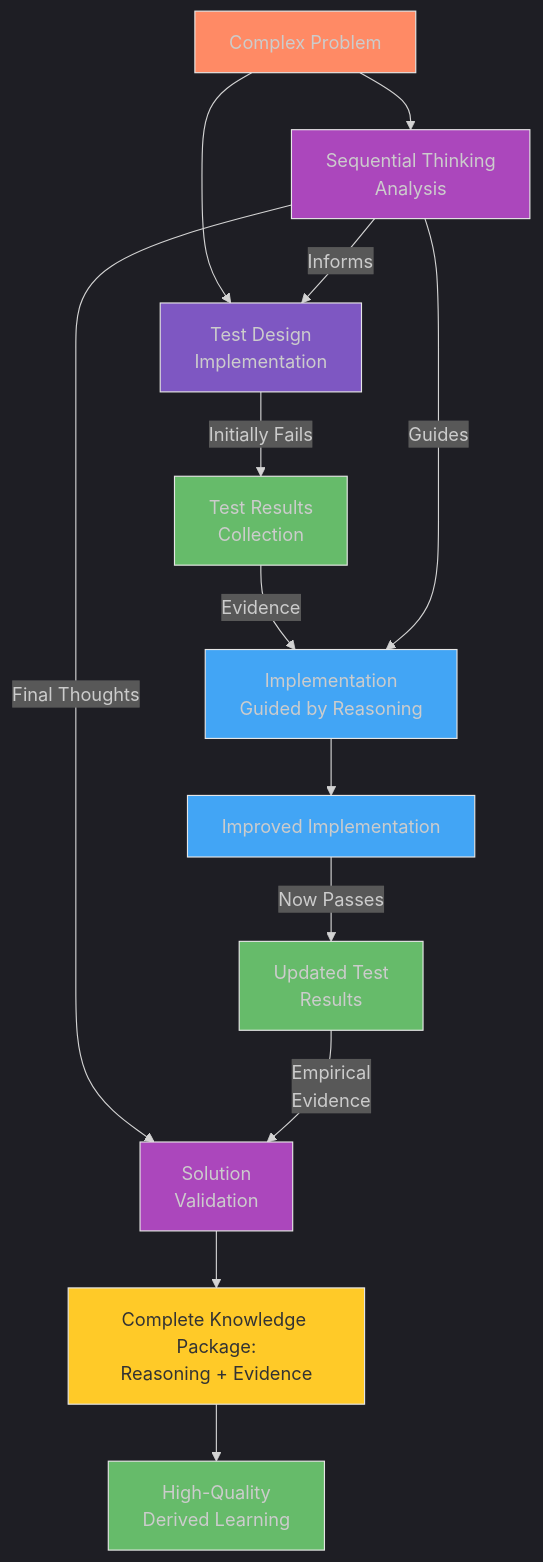
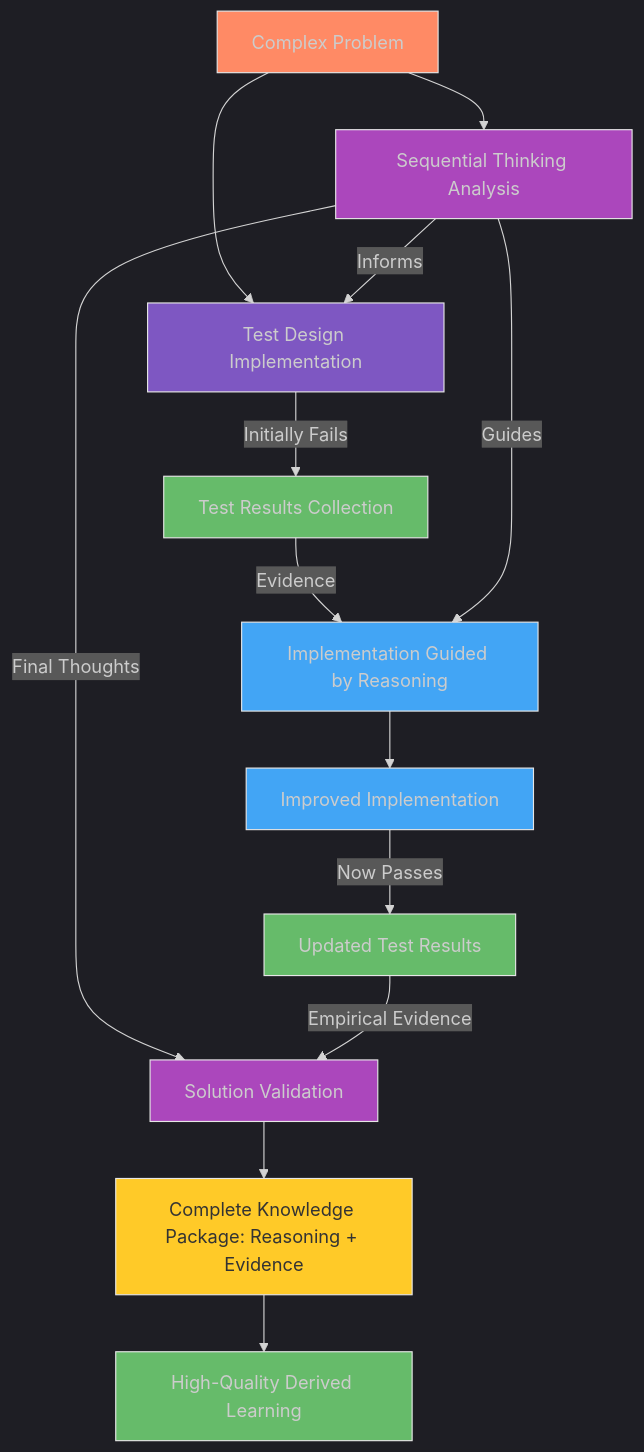
Before and after one commit to somebloke1/chroma_mcp_server: the eighth of 8 diagrams in docs/thinking_tools/sequential_thinking.md, drawn with Mermaid. The commit also changed other lines of this file and 19 other files, not shown here.

````diff
--- a/docs/thinking_tools/sequential_thinking.md
+++ b/docs/thinking_tools/sequential_thinking.md
@@ -457,37 +457,37 @@
 ```mermaid
 %%{init: {'theme': 'dark'}}%%
 flowchart TD
-    A[Complex Problem] --> B["Sequential Thinking\nAnalysis"]
-    A --> C["Test Design\nImplementation"]
+    A[Complex Problem] --> B["Sequential Thinking Analysis"]
+    A --> C["Test Design Implementation"]
     
     B -- "Informs" --> C
     
-    C -- "Initially Fails" --> D["Test Results\nCollection"]
+    C -- "Initially Fails" --> D["Test Results Collection"]
     
-    D -- "Evidence" --> E["Implementation\nGuided by Reasoning"]
+    D -- "Evidence" --> E["Implementation Guided by Reasoning"]
     
     B -- "Guides" --> E
     
     E --> F["Improved Implementation"]
     
-    F -- "Now Passes" --> G["Updated Test\nResults"]
+    F -- "Now Passes" --> G["Updated Test Results"]
     
-    B -- "Final Thoughts" --> H["Solution\nValidation"]
+    B -- "Final Thoughts" --> H["Solution Validation"]
     
-    G -- "Empirical\nEvidence" --> H
+    G -- "Empirical Evidence" --> H
     
-    H --> I["Complete Knowledge Package:\nReasoning + Evidence"]
+    H --> I["Complete Knowledge Package: Reasoning + Evidence"]
     
-    I --> J["High-Quality\nDerived Learning"]
+    I --> J["High-Quality Derived Learning"]
 
     style A fill:#FF8A65,stroke:#E6E6E6,stroke-width:1px
     style B fill:#AB47BC,stroke:#E6E6E6,stroke-width:1px
     style C fill:#7E57C2,stroke:#E6E6E6,stroke-width:1px
     style D fill:#66BB6A,stroke:#E6E6E6,stroke-width:1px
     style E fill:#42A5F5,stroke:#E6E6E6,stroke-width:1px
     style F fill:#42A5F5,stroke:#E6E6E6,stroke-width:1px
     style G fill:#66BB6A,stroke:#E6E6E6,stroke-width:1px
     style H fill:#AB47BC,stroke:#E6E6E6,stroke-width:1px
     style I fill:#FFCA28,stroke:#E6E6E6,stroke-width:1px,color:#333333
     style J fill:#66BB6A,stroke:#E6E6E6,stroke-width:1px
 ```
````
